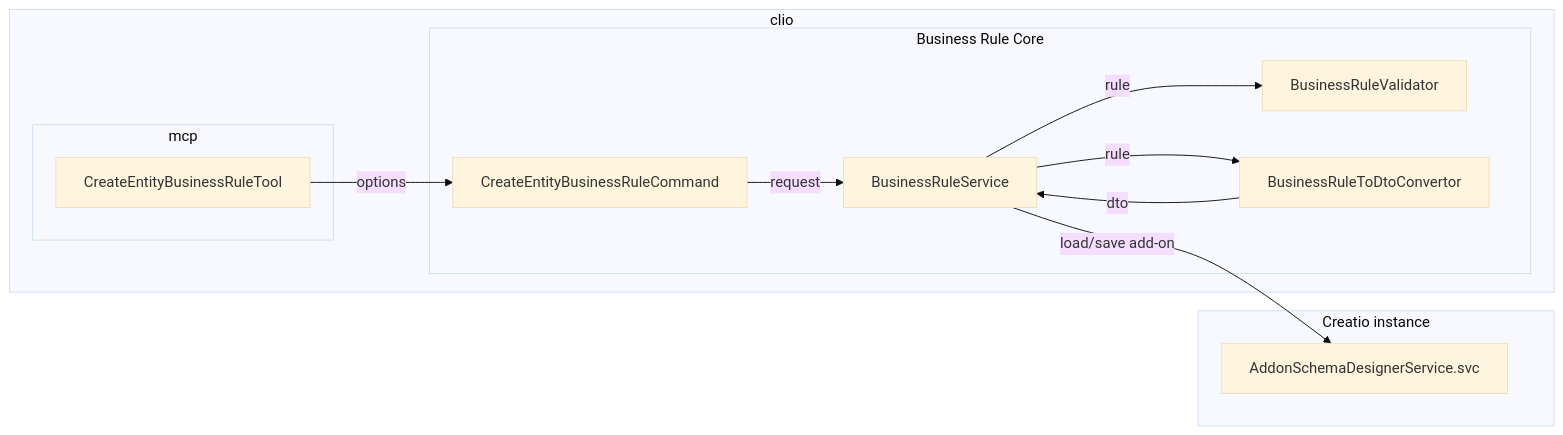
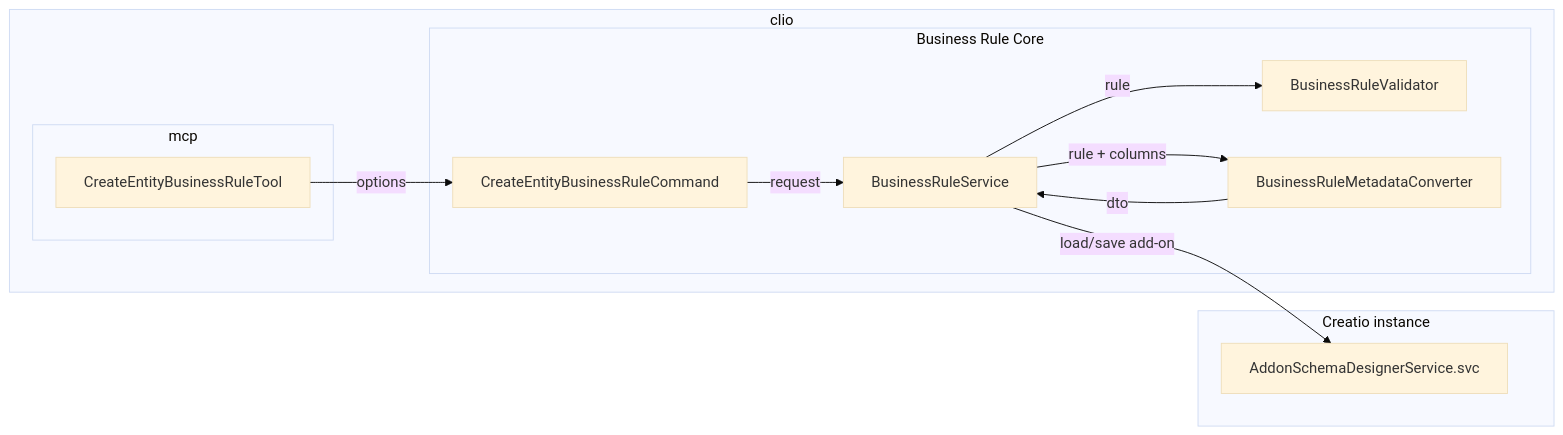
The diagram in spec/business-rules/business-rules-architecture.md (Advance-Technologies-Foundation/clio), drawn with Mermaid (base theme) before and after one commit. The commit also changed other lines of this file and 5 other files, not shown here.

````diff
--- a/spec/business-rules/business-rules-architecture.md
+++ b/spec/business-rules/business-rules-architecture.md
@@ -9,26 +9,26 @@
 ```mermaid
 flowchart LR
     subgraph Clio["clio"]
         subgraph MCP["mcp"]
             Tool["CreateEntityBusinessRuleTool"]
         end
 
         subgraph Core["Business Rule Core"]
             Command["CreateEntityBusinessRuleCommand"]
             Service["BusinessRuleService"]
             Validator["BusinessRuleValidator"]
-            Convertor["BusinessRuleToDtoConvertor"]
+            Converter["BusinessRuleMetadataConverter"]
         end
     end
 
     subgraph Creatio["Creatio instance"]
         Addon["AddonSchemaDesignerService.svc"]
     end
 
     Tool -->|"options"| Command
     Command -->|"request"| Service
     Service -->|"rule"| Validator
-    Service -->|"rule"| Convertor
-    Convertor -->|"dto"| Service
+    Service -->|"rule + columns"| Converter
+    Converter -->|"dto"| Service
     Service -->|"load/save add-on"| Addon
 ```
````
